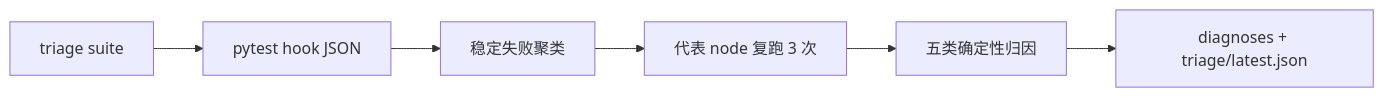
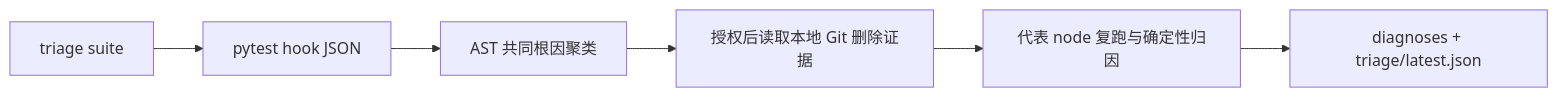
Before and after one commit to 1193082625/test-assistant: the third of 3 diagrams in docs/project-structure.md, drawn with Mermaid. The commit also changed other lines of this file and 21 other files, not shown here.

````diff
--- a/docs/project-structure.md
+++ b/docs/project-structure.md
@@ -133,8 +133,8 @@
 ```mermaid
 flowchart LR
     A["triage suite"] --> B["pytest hook JSON"]
-    B --> C["稳定失败聚类"]
-    C --> D["代表 node 复跑 3 次"]
-    D --> E["五类确定性归因"]
+    B --> C["AST 共同根因聚类"]
+    C --> D["授权后读取本地 Git 删除证据"]
+    D --> E["代表 node 复跑与确定性归因"]
     E --> F["diagnoses + triage/latest.json"]
 ```
````
